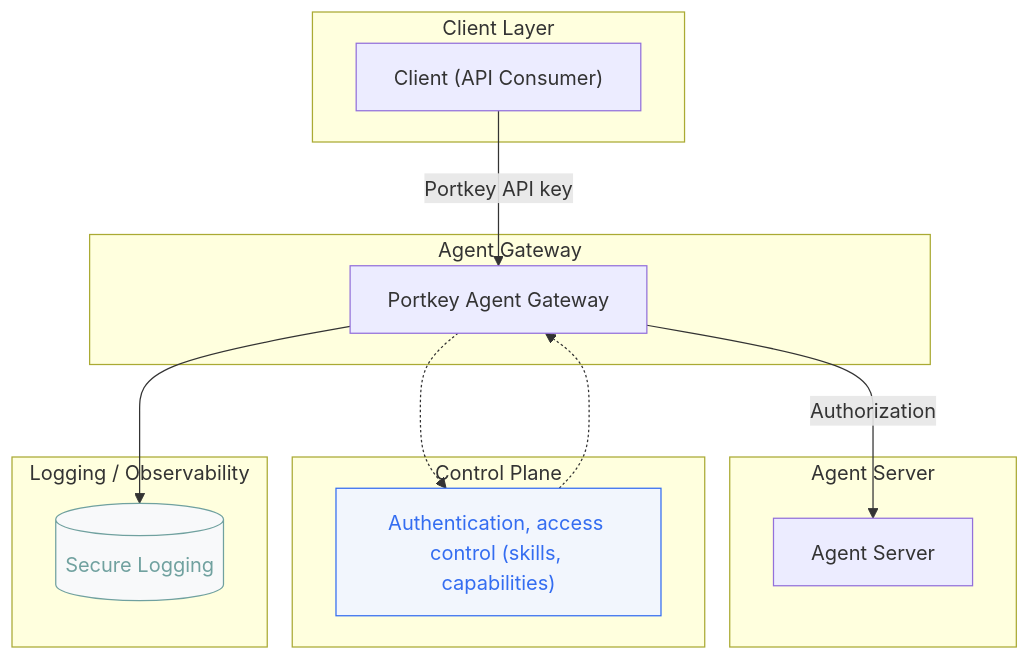
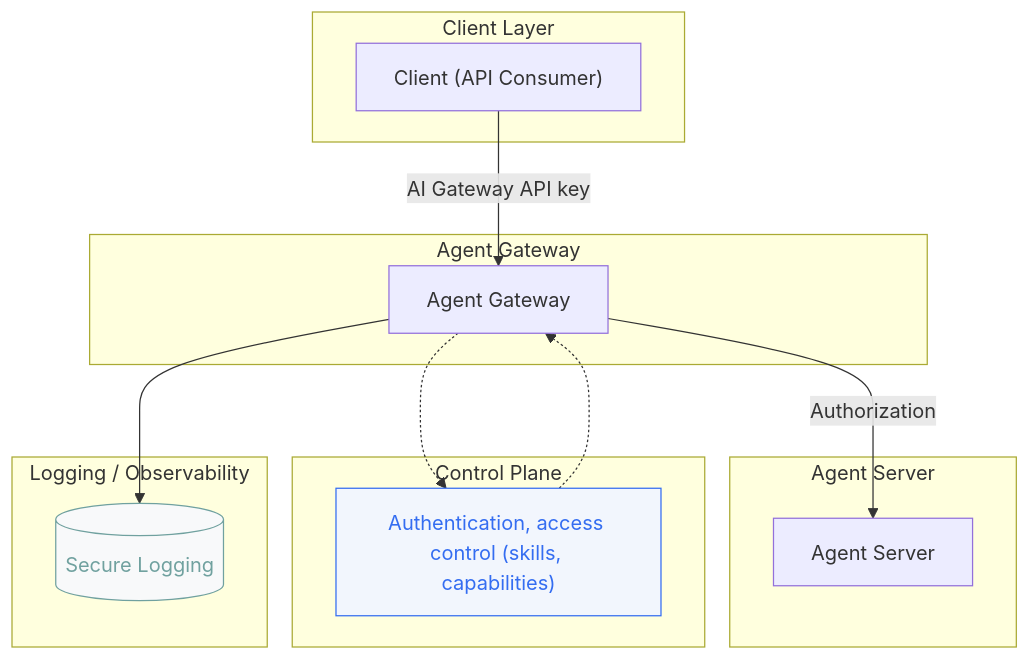
The diagram in aigw/product/agent-gateway.mdx (Portkey-AI/docs-core), drawn with Mermaid before and after one commit. The commit also changed 174 other files, not shown here.

````diff
--- a/aigw/product/agent-gateway.mdx
+++ b/aigw/product/agent-gateway.mdx
@@ -41,33 +41,33 @@
 ```mermaid
 flowchart TD
   subgraph client["Client Layer"]
     A["Client (API Consumer)"]
   end
 
   subgraph gateway["Agent Gateway"]
-    B["Portkey Agent Gateway"]
+    B["Agent Gateway"]
   end
 
   subgraph agentServer["Agent Server"]
     C["Agent Server"]
   end
 
   subgraph controlPlane["Control Plane"]
     D["Authentication, access control (skills, capabilities)"]
   end
 
   subgraph observability["Logging / Observability"]
     E[(Secure Logging)]
   end
 
-  A -- "Portkey API key" --> B
+  A -- "AI Gateway API key" --> B
   B -- "Authorization" --> C
 
   D -.-> B
   B -.-> D
 
   B --> E
 
   style D fill:#f2f6fd,stroke:#346df1,color:#346df1
   style E fill:#f8f9fa,stroke:#70a19f,color:#70a19f
 ```
````
